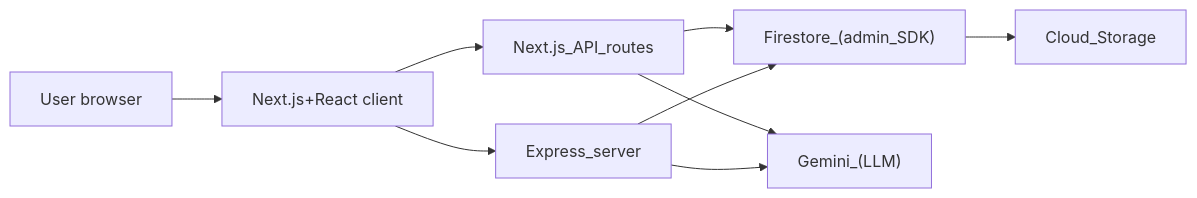
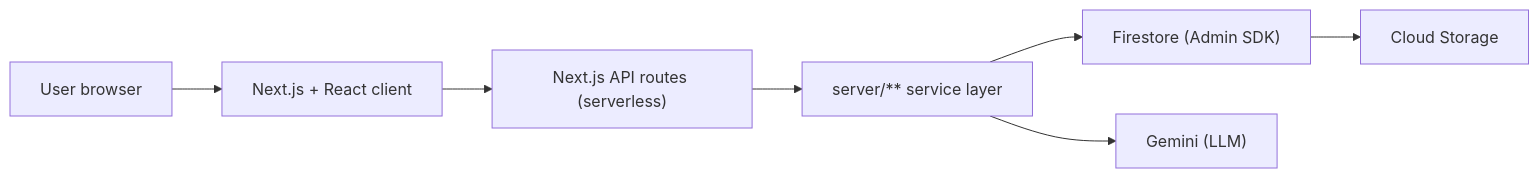
One commit to SidMirchandani/ApMasterAi changed the first of 2 diagrams in README.md. Above: the diagram before and after it, drawn with Mermaid. The commit also changed other lines of this file and 4 other files, not shown here.

````diff
--- a/README.md
+++ b/README.md
@@ -97,11 +91,9 @@
 ```mermaid
 flowchart LR
-  userBrowser["User browser"] --> clientApp["Next.js+React client"]
-  clientApp --> apiRoutes["Next.js_API_routes"]
-  clientApp --> expressServer["Express_server"]
-  apiRoutes --> firestore["Firestore_(admin_SDK)"]
-  expressServer --> firestore
-  apiRoutes --> gemini["Gemini_(LLM)"]
-  expressServer --> gemini
-  firestore --> storage["Cloud_Storage"]
+  userBrowser["User browser"] --> clientApp["Next.js + React client"]
+  clientApp --> apiRoutes["Next.js API routes (serverless)"]
+  apiRoutes --> serviceLayer["server/** service layer"]
+  serviceLayer --> firestore["Firestore (Admin SDK)"]
+  serviceLayer --> gemini["Gemini (LLM)"]
+  firestore --> storage["Cloud Storage"]
 ```
````
